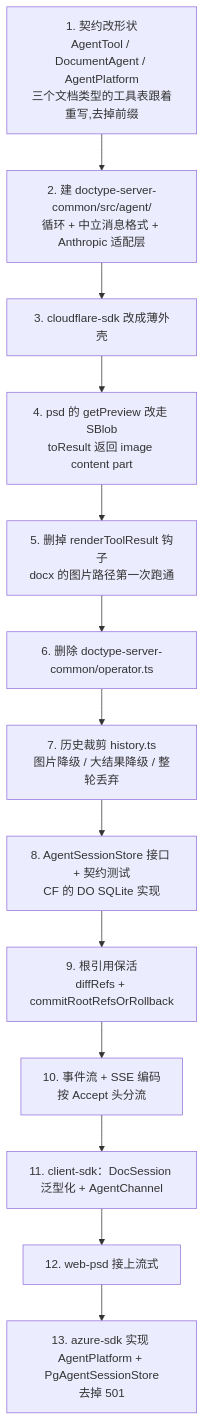
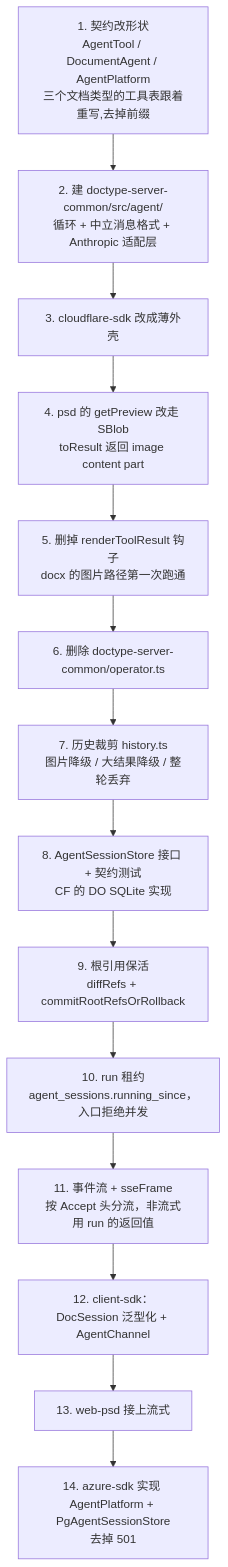
Diagram 17 of 17 in docs/superpowers/specs/2026-08-26-agent-sdk-design.md (shazhou-ww/unidocs), drawn with Mermaid before and after one commit. The commit also changed other lines of this file, not shown here.

First line of the commit message:
docs(agent-sdk): 全文一致性核查,修 15 处没跟上的地方

````diff
--- a/docs/superpowers/specs/2026-08-26-agent-sdk-design.md
+++ b/docs/superpowers/specs/2026-08-26-agent-sdk-design.md
@@ -1681,15 +1701,16 @@
 ```mermaid
 flowchart TB
     S1["1. 契约改形状<br/>AgentTool / DocumentAgent / AgentPlatform<br/>三个文档类型的工具表跟着重写,去掉前缀"] --> S2["2. 建 doctype-server-common/src/agent/<br/>循环 + 中立消息格式 + Anthropic 适配层"]
     S2 --> S2b["3. cloudflare-sdk 改成薄外壳"]
     S2b --> S3["4. psd 的 getPreview 改走 SBlob<br/>toResult 返回 image content part"]
     S3 --> S4["5. 删掉 renderToolResult 钩子<br/>docx 的图片路径第一次跑通"]
     S4 --> S5["6. 删除 doctype-server-common/operator.ts"]
     S5 --> S6["7. 历史裁剪 history.ts<br/>图片降级 / 大结果降级 / 整轮丢弃"]
     S6 --> S7["8. AgentSessionStore 接口 + 契约测试<br/>CF 的 DO SQLite 实现"]
     S7 --> S8["9. 根引用保活<br/>diffRefs + commitRootRefsOrRollback"]
-    S8 --> S9["10. 事件流 + SSE 编码<br/>按 Accept 头分流"]
-    S9 --> S10["11. client-sdk：DocSession 泛型化 + AgentChannel"]
-    S10 --> S11["12. web-psd 接上流式"]
-    S11 --> S12["13. azure-sdk 实现 AgentPlatform + PgAgentSessionStore<br/>去掉 501"]
+    S8 --> S8b["10. run 租约<br/>agent_sessions.running_since，入口拒绝并发"]
+    S8b --> S9["11. 事件流 + sseFrame<br/>按 Accept 头分流，非流式用 run 的返回值"]
+    S9 --> S10["12. client-sdk：DocSession 泛型化 + AgentChannel"]
+    S10 --> S11["13. web-psd 接上流式"]
+    S11 --> S12["14. azure-sdk 实现 AgentPlatform + PgAgentSessionStore<br/>去掉 501"]
 ```
````
